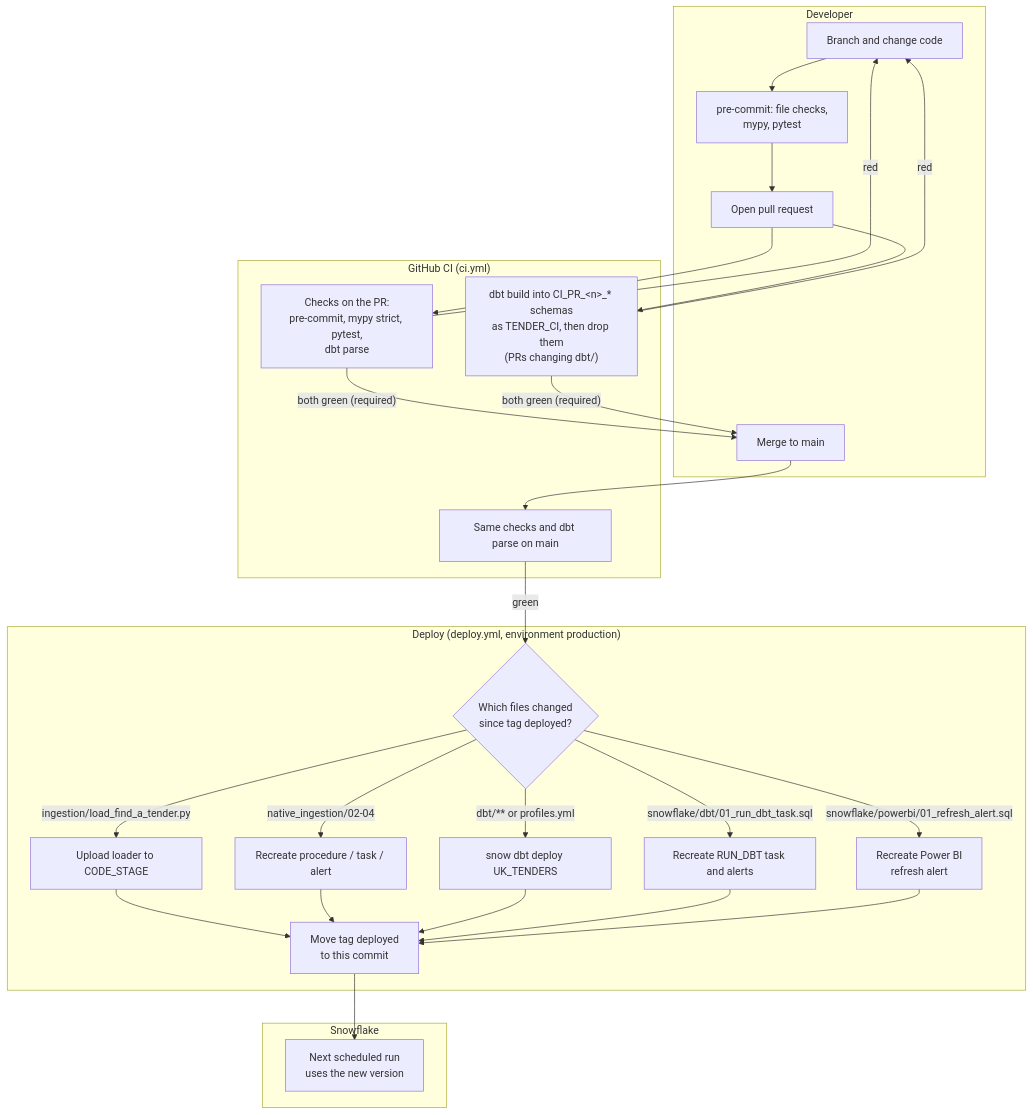
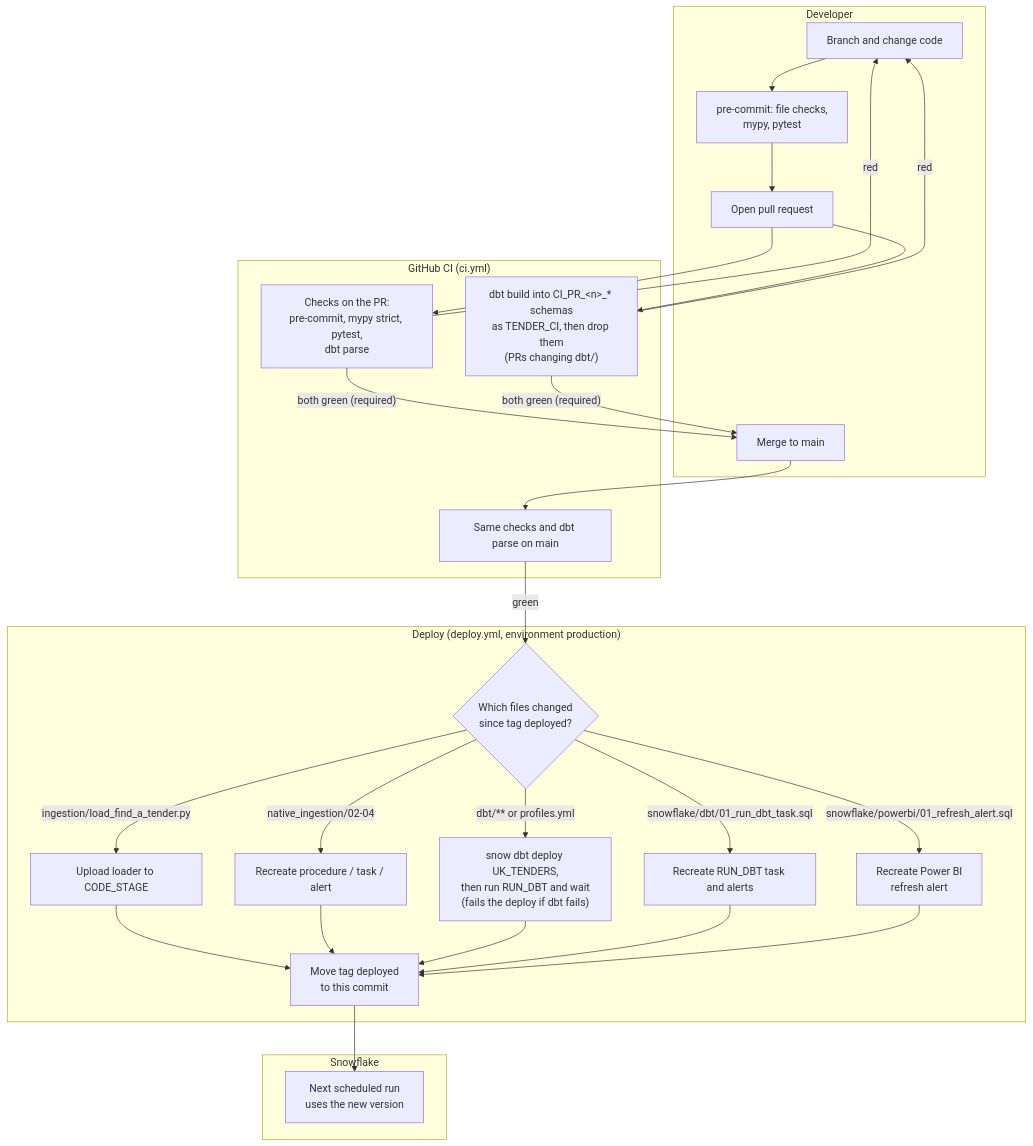
One commit to jacekjastrzebski/uk-tenders-dbt-snowflake changed the fifth of 5 diagrams in docs/diagrams/flows.md. Above: the diagram before and after it, drawn with Mermaid. The commit also changed 4 other files, not shown here.

````diff
--- a/docs/diagrams/flows.md
+++ b/docs/diagrams/flows.md
@@ -145,34 +145,34 @@
 ```mermaid
 flowchart TB
     subgraph DEV["Developer"]
         D1["Branch and change code"] --> D2["pre-commit: file checks,<br/>mypy, pytest"] --> D3["Open pull request"]
         D5["Merge to main"]
     end
     subgraph CI["GitHub CI (ci.yml)"]
         C1["Checks on the PR:<br/>pre-commit, mypy strict, pytest,<br/>dbt parse"]
         C3["dbt build into CI_PR_&lt;n&gt;_* schemas<br/>as TENDER_CI, then drop them<br/>(PRs changing dbt/)"]
         C2["Same checks and dbt parse on main"]
     end
     subgraph DEP["Deploy (deploy.yml, environment production)"]
         P1{"Which files changed<br/>since tag deployed?"}
         P2["Upload loader to CODE_STAGE"]
         P3["Recreate procedure / task / alert"]
-        P4["snow dbt deploy UK_TENDERS"]
+        P4["snow dbt deploy UK_TENDERS,<br/>then run RUN_DBT and wait<br/>(fails the deploy if dbt fails)"]
         P5["Recreate RUN_DBT task and alerts"]
         P7["Recreate Power BI<br/>refresh alert"]
         P6["Move tag deployed<br/>to this commit"]
     end
     subgraph SF["Snowflake"]
         S1["Next scheduled run<br/>uses the new version"]
     end
 
     D3 --> C1 & C3
     C1 & C3 -->|"both green (required)"| D5 --> C2 -->|"green"| P1
     C1 & C3 -->|"red"| D1
     P1 -->|"ingestion/load_find_a_tender.py"| P2
     P1 -->|"native_ingestion/02-04"| P3
     P1 -->|"dbt/** or profiles.yml"| P4
     P1 -->|"snowflake/dbt/01_run_dbt_task.sql"| P5
     P1 -->|"snowflake/powerbi/01_refresh_alert.sql"| P7
     P2 & P3 & P4 & P5 & P7 --> P6 --> S1
 ```
````
